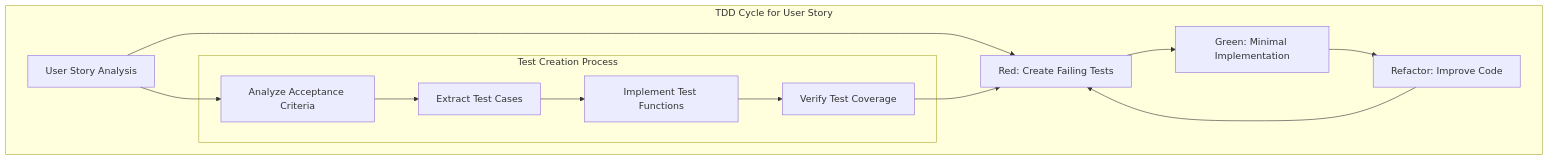
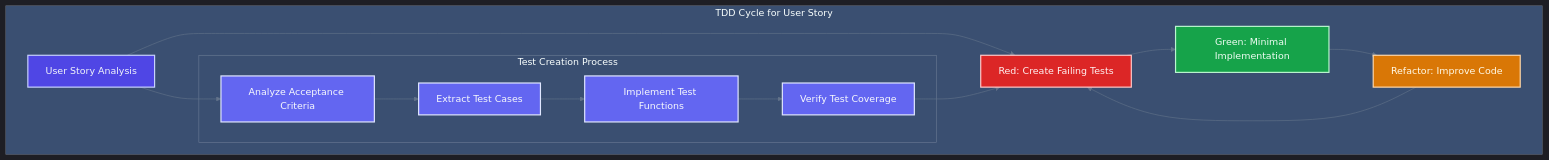
Before and after one commit to TheCowboyAI/cim-start: the first of 2 diagrams in .claude/agents/tdd-expert.md, drawn with Mermaid. The commit also changed other lines of this file and 33 other files, not shown here.

````diff
--- a/.claude/agents/tdd-expert.md
+++ b/.claude/agents/tdd-expert.md
@@ -590,27 +617,40 @@
 ```mermaid
+%%{init: {"theme":"dark","themeVariables":{"primaryColor":"#4f46e5","primaryTextColor":"#f8fafc","primaryBorderColor":"#6366f1","lineColor":"#64748b","secondaryColor":"#1e293b","tertiaryColor":"#0f172a","background":"#0f172a","mainBkg":"#1e293b","secondBkg":"#334155","tertiaryBkg":"#475569"}}}%%
 graph TB
     subgraph "TDD Cycle for User Story"
         STORY[User Story Analysis]
         RED[Red: Create Failing Tests]
         GREEN[Green: Minimal Implementation]
         REFACTOR[Refactor: Improve Code]
         
         STORY --> RED
         RED --> GREEN
         GREEN --> REFACTOR
         REFACTOR --> RED
         
         subgraph "Test Creation Process"
             ANALYZE[Analyze Acceptance Criteria]
             EXTRACT[Extract Test Cases]
             IMPLEMENT[Implement Test Functions]
             VERIFY[Verify Test Coverage]
         end
         
         STORY --> ANALYZE
         ANALYZE --> EXTRACT
         EXTRACT --> IMPLEMENT
         IMPLEMENT --> VERIFY
         VERIFY --> RED
     end
+    
+    classDef storyNode fill:#4f46e5,stroke:#c7d2fe,stroke-width:2px,color:#f1f5f9
+    classDef redNode fill:#dc2626,stroke:#fecaca,stroke-width:2px,color:#fef2f2
+    classDef greenNode fill:#16a34a,stroke:#bbf7d0,stroke-width:2px,color:#f0fdf4
+    classDef refactorNode fill:#d97706,stroke:#fed7aa,stroke-width:2px,color:#fffbeb
+    classDef processNode fill:#6366f1,stroke:#e0e7ff,stroke-width:2px,color:#f8fafc
+    
+    class STORY storyNode
+    class RED redNode
+    class GREEN greenNode
+    class REFACTOR refactorNode
+    class ANALYZE,EXTRACT,IMPLEMENT,VERIFY processNode
 ```
````
